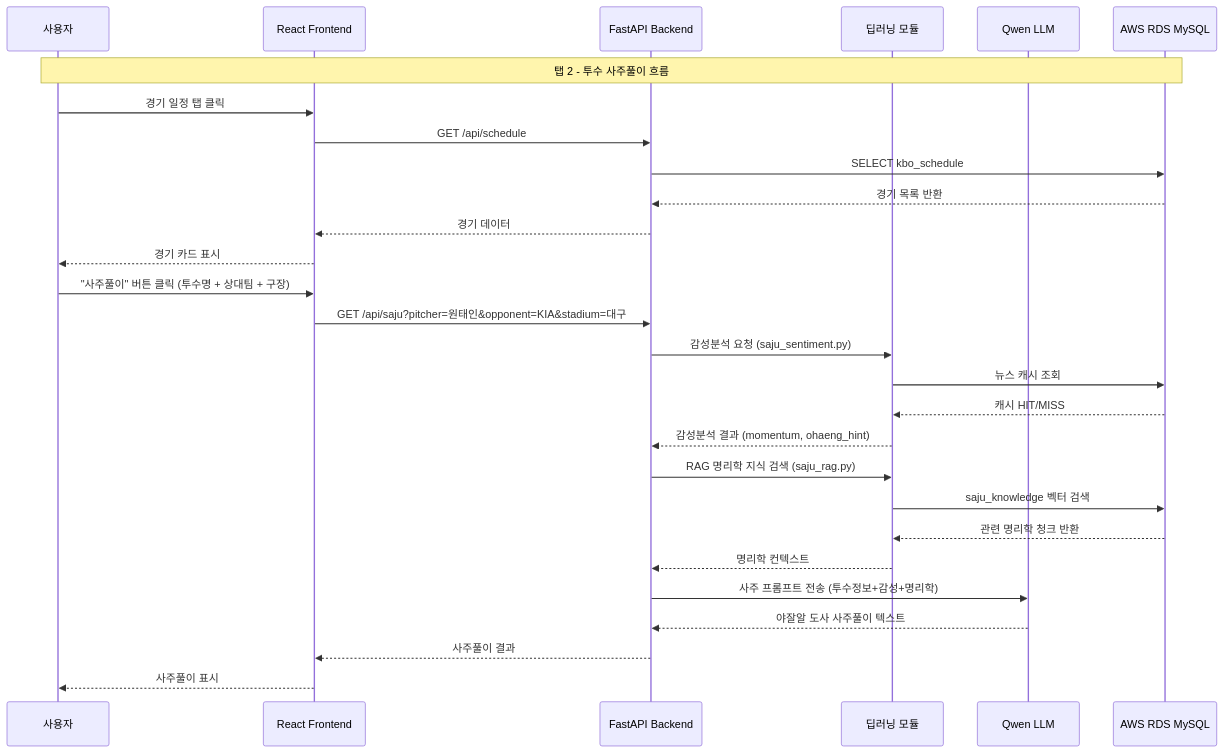
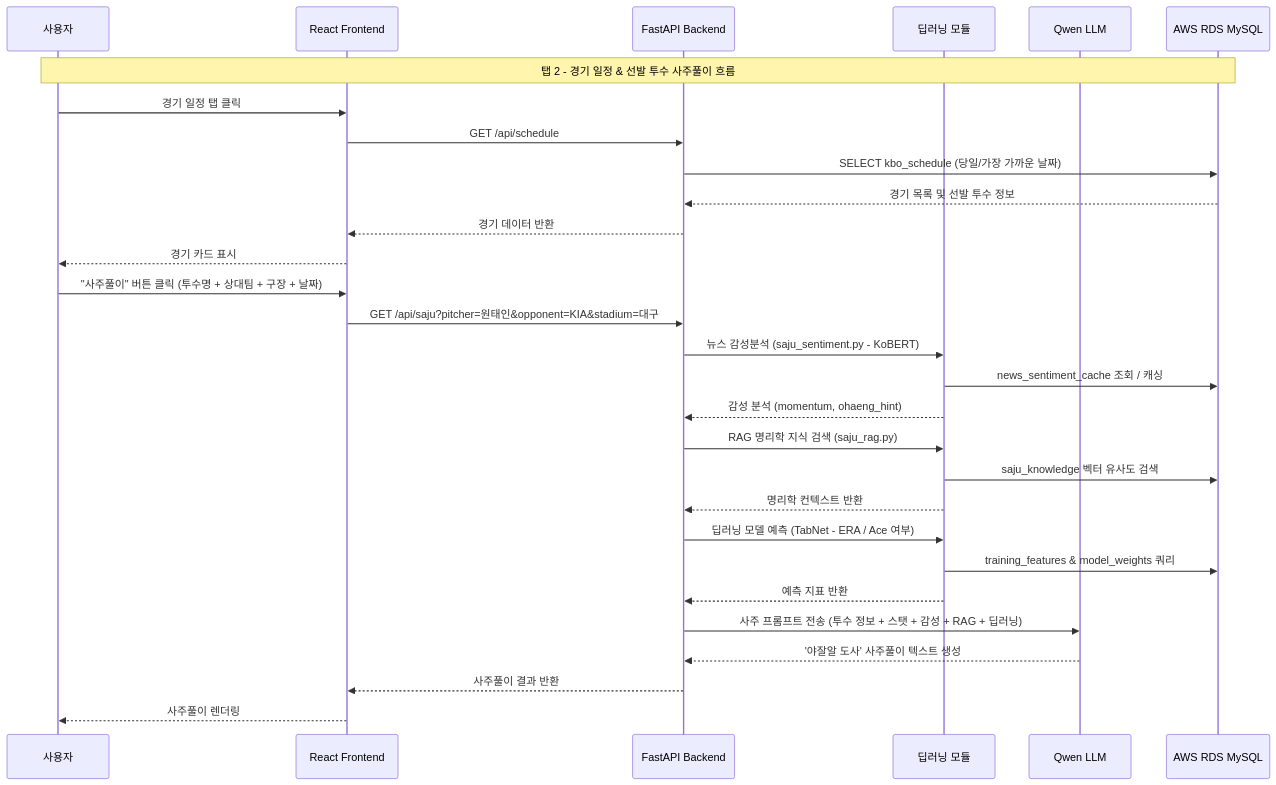
The second of 3 diagrams in README.md (jeonghyun031/newsreport), drawn with Mermaid before and after one commit. The commit also changed other lines of this file, not shown here.

````diff
--- a/README.md
+++ b/README.md
@@ -90,33 +125,34 @@
 ```mermaid
 sequenceDiagram
     participant U as 사용자
     participant FE as React Frontend
     participant BE as FastAPI Backend
     participant DL as 딥러닝 모듈
     participant LLM as Qwen LLM
     participant DB as AWS RDS MySQL
 
-    Note over U,DB: 탭 2 - 투수 사주풀이 흐름
+    Note over U,DB: 탭 2 - 경기 일정 & 선발 투수 사주풀이 흐름
 
     U->>FE: 경기 일정 탭 클릭
     FE->>BE: GET /api/schedule
-    BE->>DB: SELECT kbo_schedule
-    DB-->>BE: 경기 목록 반환
-    BE-->>FE: 경기 데이터
+    BE->>DB: SELECT kbo_schedule (당일/가장 가까운 날짜)
+    DB-->>BE: 경기 목록 및 선발 투수 정보
+    BE-->>FE: 경기 데이터 반환
     FE-->>U: 경기 카드 표시
 
-    U->>FE: "사주풀이" 버튼 클릭 (투수명 + 상대팀 + 구장)
+    U->>FE: "사주풀이" 버튼 클릭 (투수명 + 상대팀 + 구장 + 날짜)
     FE->>BE: GET /api/saju?pitcher=원태인&opponent=KIA&stadium=대구
-    BE->>DL: 감성분석 요청 (saju_sentiment.py)
-    DL->>DB: 뉴스 캐시 조회
-    DB-->>DL: 캐시 HIT/MISS
-    DL-->>BE: 감성분석 결과 (momentum, ohaeng_hint)
+    BE->>DL: 뉴스 감성분석 (saju_sentiment.py - KoBERT)
+    DL->>DB: news_sentiment_cache 조회 / 캐싱
+    DL-->>BE: 감성 분석 (momentum, ohaeng_hint)
     BE->>DL: RAG 명리학 지식 검색 (saju_rag.py)
-    DL->>DB: saju_knowledge 벡터 검색
-    DB-->>DL: 관련 명리학 청크 반환
-    DL-->>BE: 명리학 컨텍스트
-    BE->>LLM: 사주 프롬프트 전송 (투수정보+감성+명리학)
-    LLM-->>BE: 야잘알 도사 사주풀이 텍스트
-    BE-->>FE: 사주풀이 결과
-    FE-->>U: 사주풀이 표시
+    DL->>DB: saju_knowledge 벡터 유사도 검색
+    DL-->>BE: 명리학 컨텍스트 반환
+    BE->>DL: 딥러닝 모델 예측 (TabNet - ERA / Ace 여부)
+    DL->>DB: training_features & model_weights 쿼리
+    DL-->>BE: 예측 지표 반환
+    BE->>LLM: 사주 프롬프트 전송 (투수 정보 + 스탯 + 감성 + RAG + 딥러닝)
+    LLM-->>BE: '야잘알 도사' 사주풀이 텍스트 생성
+    BE-->>FE: 사주풀이 결과 반환
+    FE-->>U: 사주풀이 렌더링
 ```
````
